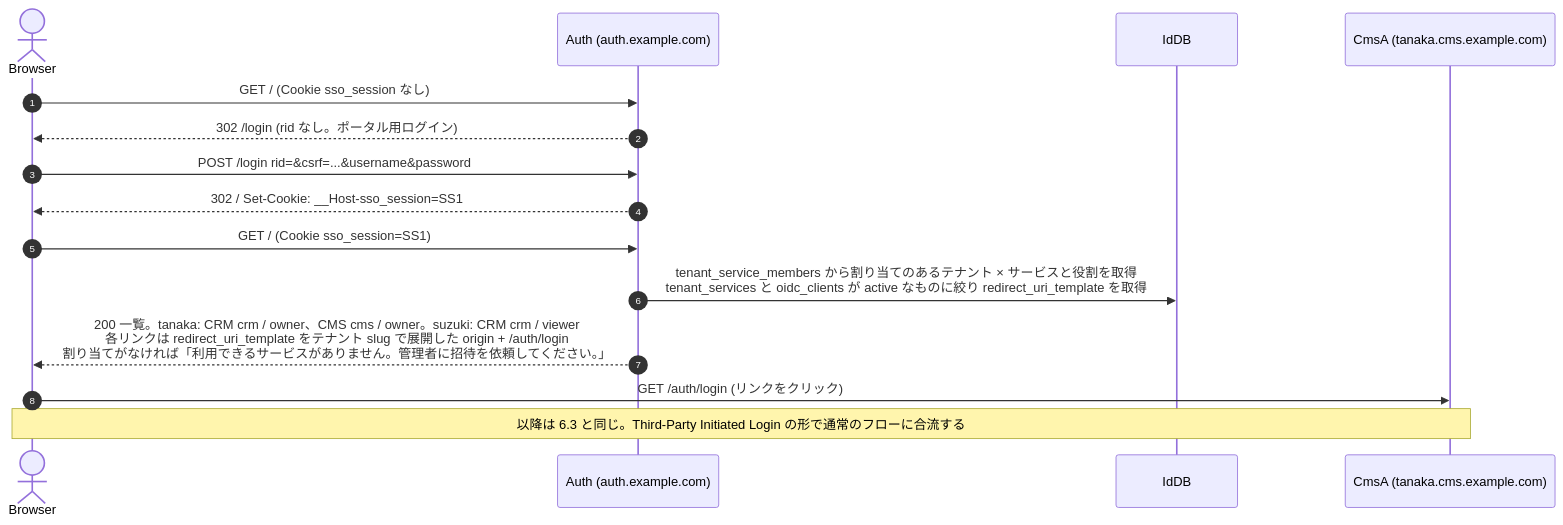
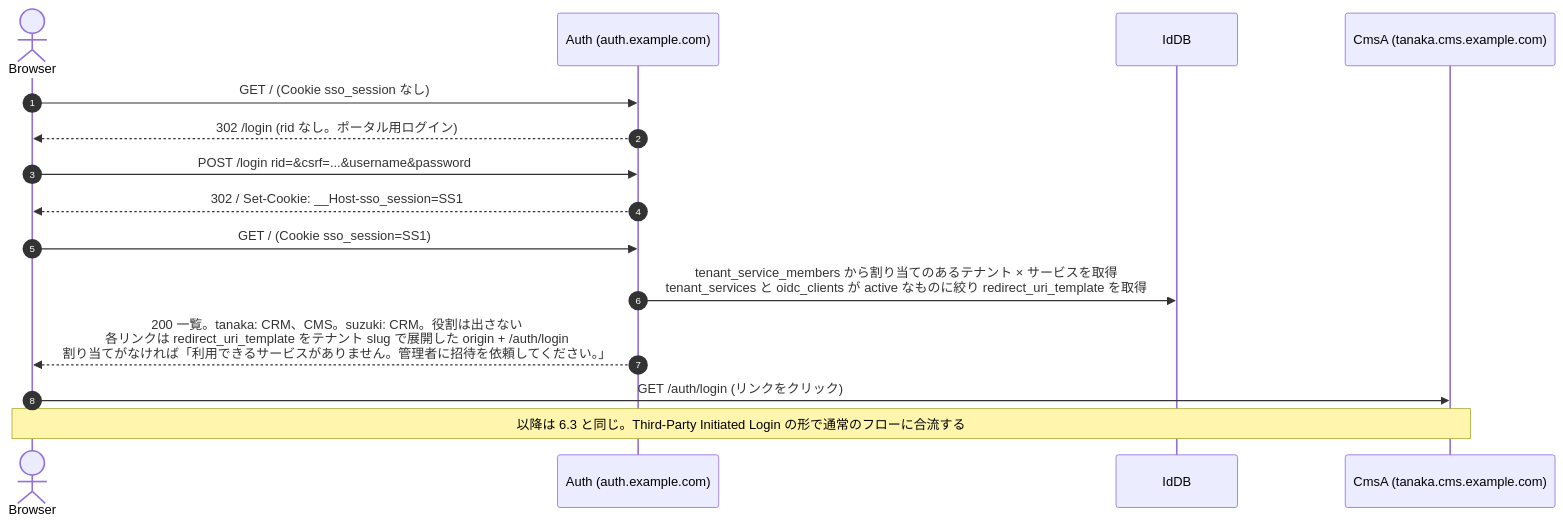
The ninth of 11 diagrams in docs/integration-guide.md (daisuke-tanabe/multi-domain-sandbox), drawn with Mermaid before and after one commit. The commit also changed other lines of this file and 97 other files, not shown here.

````diff
--- a/docs/integration-guide.md
+++ b/docs/integration-guide.md
@@ -805,18 +853,18 @@
 ```mermaid
 sequenceDiagram
     autonumber
     actor Browser
     participant Auth as Auth (auth.example.com)
     participant IdDB
     participant CmsA as CmsA (tanaka.cms.example.com)
 
     Browser->>Auth: GET / (Cookie sso_session なし)
     Auth-->>Browser: 302 /login (rid なし。ポータル用ログイン)
     Browser->>Auth: POST /login rid=&csrf=...&username&password
     Auth-->>Browser: 302 /  Set-Cookie: __Host-sso_session=SS1
     Browser->>Auth: GET / (Cookie sso_session=SS1)
-    Auth->>IdDB: tenant_service_members から割り当てのあるテナント × サービスと役割を取得<br/>tenant_services と oidc_clients が active なものに絞り redirect_uri_template を取得
-    Auth-->>Browser: 200 一覧。tanaka: CRM crm / owner、CMS cms / owner。suzuki: CRM crm / viewer<br/>各リンクは redirect_uri_template をテナント slug で展開した origin + /auth/login<br/>割り当てがなければ「利用できるサービスがありません。管理者に招待を依頼してください。」
+    Auth->>IdDB: tenant_service_members から割り当てのあるテナント × サービスを取得<br/>tenant_services と oidc_clients が active なものに絞り redirect_uri_template を取得
+    Auth-->>Browser: 200 一覧。tanaka: CRM、CMS。suzuki: CRM。役割は出さない<br/>各リンクは redirect_uri_template をテナント slug で展開した origin + /auth/login<br/>割り当てがなければ「利用できるサービスがありません。管理者に招待を依頼してください。」
     Browser->>CmsA: GET /auth/login (リンクをクリック)
     Note over Browser,CmsA: 以降は 6.3 と同じ。Third-Party Initiated Login の形で通常のフローに合流する
 ```
````
